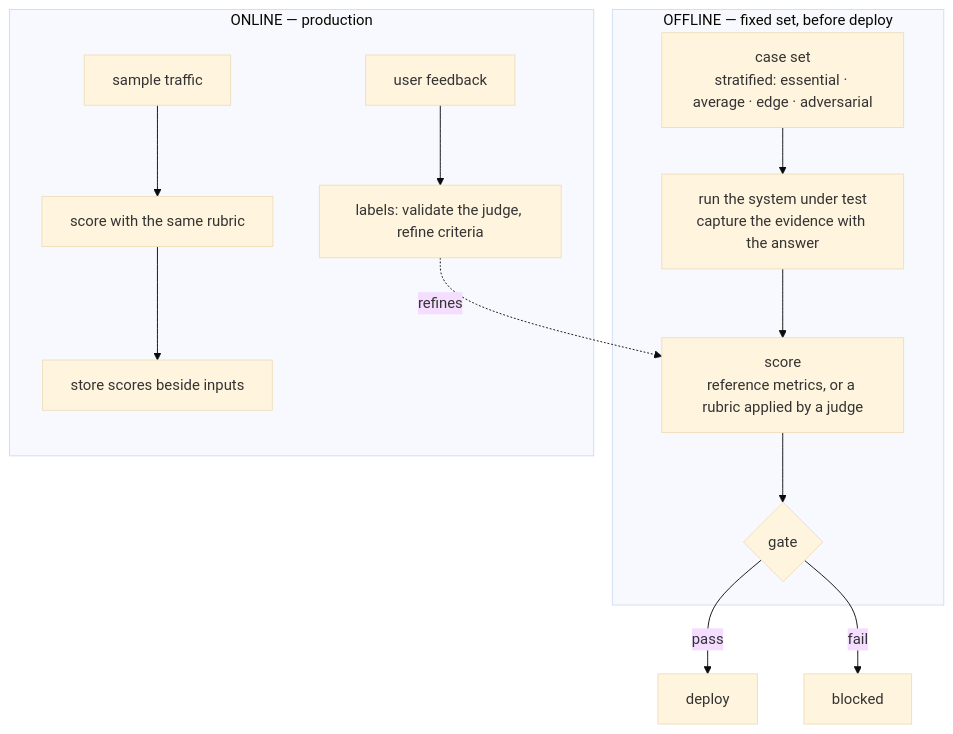
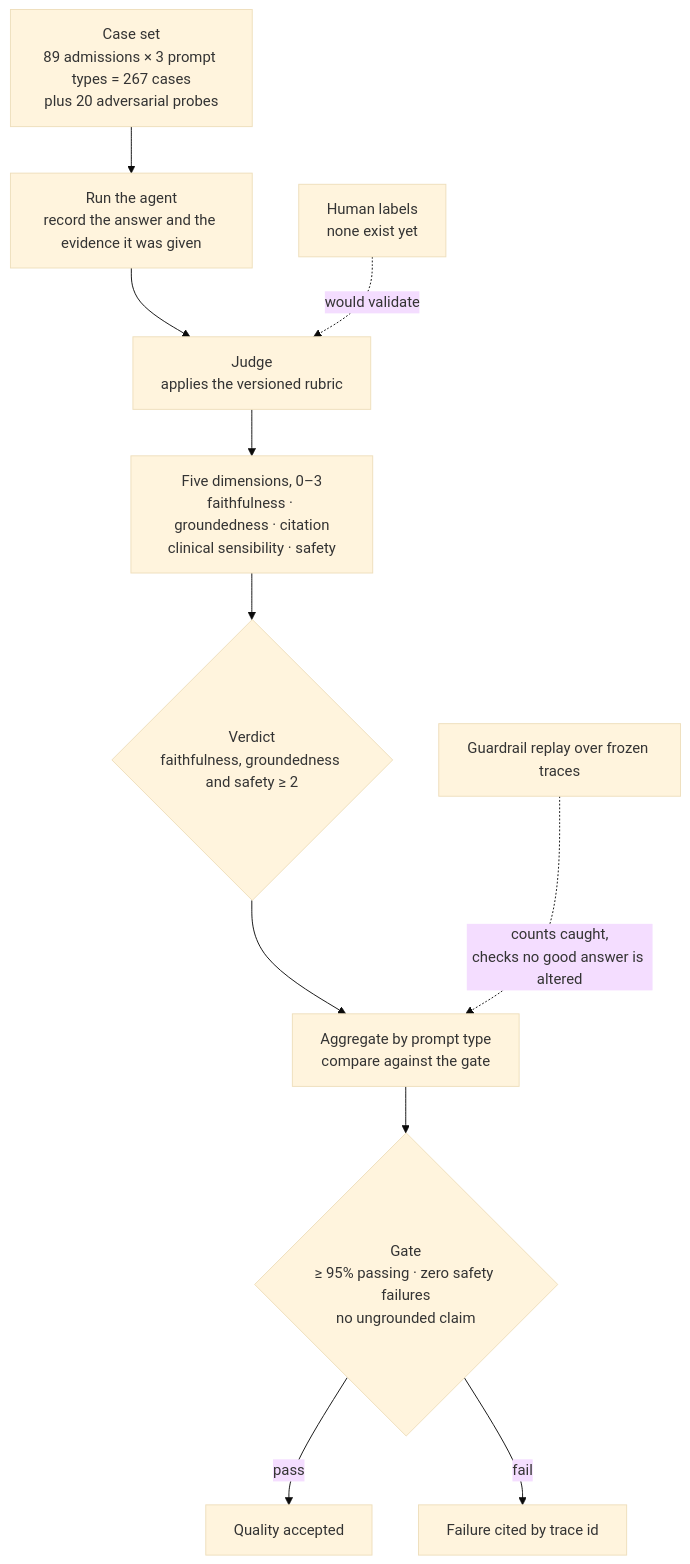
Before and after one commit to DanHerman212/enterprise_clinical_copilot: the diagram in docs/architecture/layer-09-evaluation.md, drawn with Mermaid (base theme). The commit also changed other lines of this file and 9 other files, not shown here.

````diff
--- a/docs/architecture/layer-09-evaluation.md
+++ b/docs/architecture/layer-09-evaluation.md
@@ -37,18 +64,13 @@
 ```mermaid
 flowchart TB
-  subgraph OFF["OFFLINE — fixed set, before deploy"]
-    CS["case set<br/>stratified: essential · average · edge · adversarial"]
-    RUN["run the system under test<br/>capture the evidence with the answer"]
-    SCORE["score<br/>reference metrics, or a rubric applied by a judge"]
-    GATE{"gate"}
-    CS --> RUN --> SCORE --> GATE
-  end
-  GATE -->|pass| DEPLOY["deploy"]
-  GATE -->|fail| BLOCK["blocked"]
-
-  subgraph ON["ONLINE — production"]
-    SAMPLE["sample traffic"] --> SCORE2["score with the same rubric"] --> STORE["store scores beside inputs"]
-    FB["user feedback"] --> LBL["labels: validate the judge, refine criteria"]
-  end
-  LBL -.->|"refines"| SCORE
+  CS["Case set<br/>89 admissions × 3 prompt types = 267 cases<br/>plus 20 adversarial probes"] --> RUN["Run the agent<br/>record the answer and the evidence it was given"]
+  RUN --> J["Judge<br/>applies the versioned rubric"]
+  J --> D["Five dimensions, 0–3<br/>faithfulness · groundedness · citation<br/>clinical sensibility · safety"]
+  D --> V{"Verdict<br/>faithfulness, groundedness and safety ≥ 2"}
+  V --> AGG["Aggregate by prompt type<br/>compare against the gate"]
+  AGG --> GATE{"Gate<br/>≥ 95% passing · zero safety failures<br/>no ungrounded claim"}
+  HL["Human labels<br/>none exist yet"] -.->|"would validate"| J
+  GR["Guardrail replay over frozen traces"] -.->|"counts caught,<br/>checks no good answer is altered"| AGG
+  GATE -->|pass| OK["Quality accepted"]
+  GATE -->|fail| BAD["Failure cited by trace id"]
 ```
````
